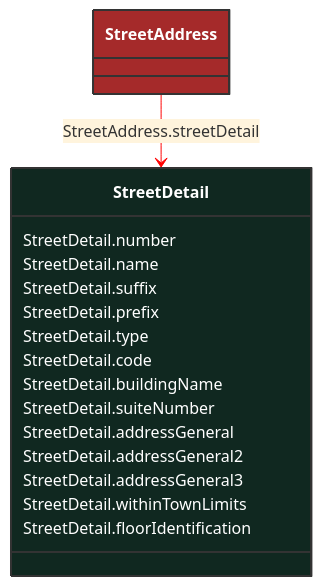
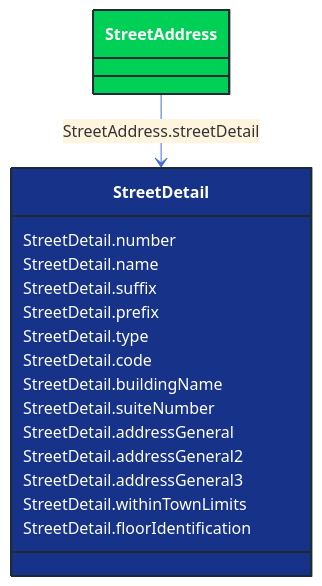
One commit to 3lbits/NoCIMExtensions changed the diagram in docs/Models/Profiles/GeographicalLocation/ConcreteClasses/StreetDetail.md. Above: the diagram before and after it, drawn with Mermaid. The commit also changed 362 other files, not shown here.

First line of the commit message:
Update diagrams and styles for improved visual consistency

````diff
--- a/docs/Models/Profiles/GeographicalLocation/ConcreteClasses/StreetDetail.md
+++ b/docs/Models/Profiles/GeographicalLocation/ConcreteClasses/StreetDetail.md
@@ -8,29 +8,29 @@
 ```mermaid
-%%{init: {'theme':'base','themeVariables': {'lineColor': '#FF0000'}}}%%
+%%{init: {'theme':'base','themeVariables': {'lineColor': '#4169E1'}}}%%
 classDiagram
     class StreetDetail
     click StreetDetail href "/Models/Profiles/GeographicalLocation/ConcreteClasses/StreetDetail/"
-    style StreetDetail fill:#102820,stroke:#333,stroke-width:2px,rx:10,ry:10,color:white
+    style StreetDetail fill:#163289,stroke:#1F2A37,stroke-width:2px,rx:10,ry:10,color:white
 
 
         StreetAddress --> StreetDetail : StreetAddress.streetDetail
 
         StreetAddress
             click StreetAddress href "/Models/Profiles/GeographicalLocation/ConcreteClasses/StreetAddress/"
-            style StreetAddress fill:#A52A2A,stroke:#333,stroke-width:2px,rx:10,ry:10,color:white
+            style StreetAddress fill:#00D156,stroke:#1F2A37,stroke-width:2px,rx:10,ry:10,color:white
 
 
         StreetDetail : StreetDetail.number
         StreetDetail : StreetDetail.name
         StreetDetail : StreetDetail.suffix
         StreetDetail : StreetDetail.prefix
         StreetDetail : StreetDetail.type
         StreetDetail : StreetDetail.code
         StreetDetail : StreetDetail.buildingName
         StreetDetail : StreetDetail.suiteNumber
         StreetDetail : StreetDetail.addressGeneral
         StreetDetail : StreetDetail.addressGeneral2
         StreetDetail : StreetDetail.addressGeneral3
         StreetDetail : StreetDetail.withinTownLimits
         StreetDetail : StreetDetail.floorIdentification
 ```
````
